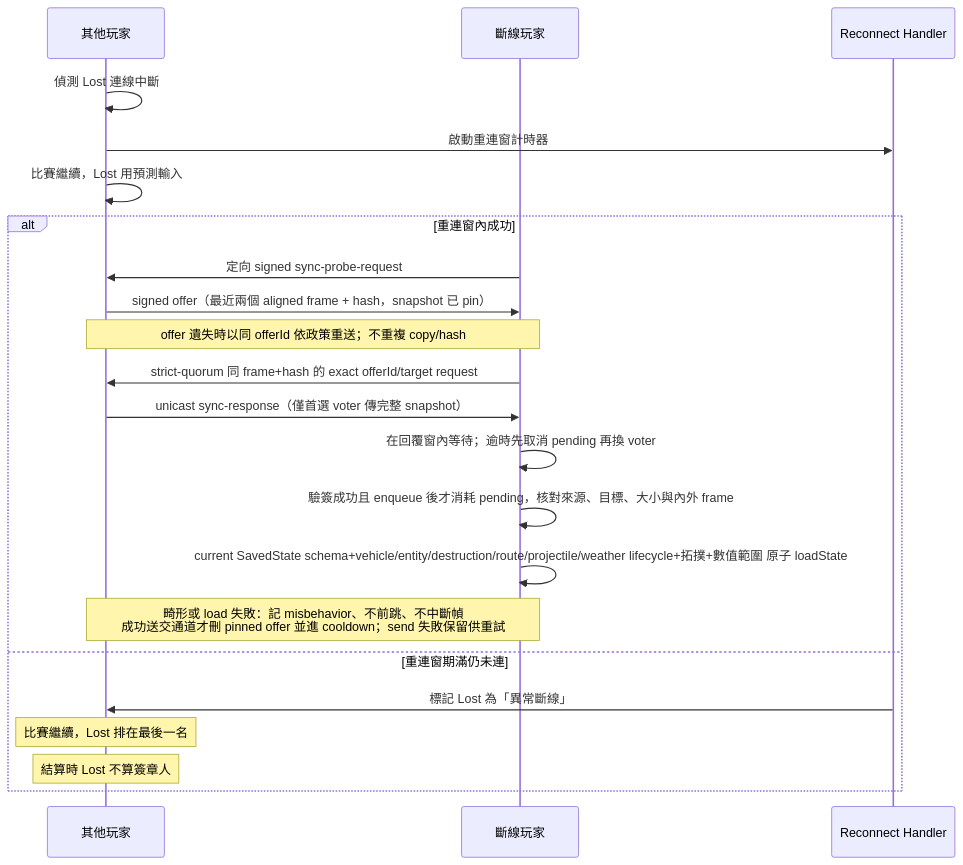
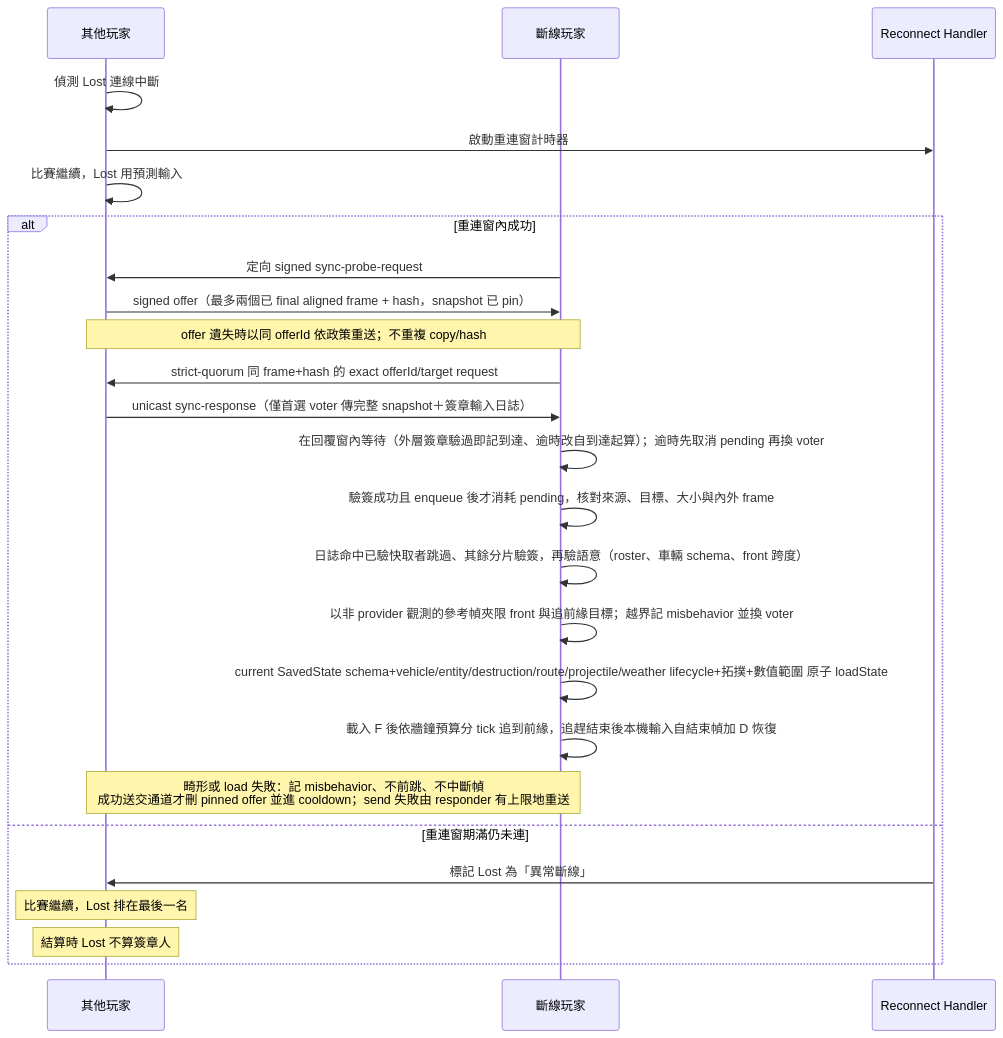
One commit to xjustloveux/open-4wd-specs changed the fifth of 6 diagrams in 程式架構/程式流程/network-sync.md. Above: the diagram before and after it, drawn with Mermaid. The commit also changed other lines of this file and 185 other files, not shown here.

````diff
--- a/程式架構/程式流程/network-sync.md
+++ b/程式架構/程式流程/network-sync.md
@@ -127,26 +130,29 @@
 ```mermaid
 sequenceDiagram
     participant Other as 其他玩家
     participant Lost as 斷線玩家
     participant Engine as Reconnect Handler
 
     Other->>Other: 偵測 Lost 連線中斷
     Other->>Engine: 啟動重連窗計時器
     Other->>Other: 比賽繼續，Lost 用預測輸入
 
     alt 重連窗內成功
         Lost->>Other: 定向 signed sync-probe-request
-        Other->>Lost: signed offer（最近兩個 aligned frame + hash，snapshot 已 pin）
+        Other->>Lost: signed offer（最多兩個已 final aligned frame + hash，snapshot 已 pin）
         Note over Lost,Other: offer 遺失時以同 offerId 依政策重送；不重複 copy/hash
         Lost->>Other: strict-quorum 同 frame+hash 的 exact offerId/target request
-        Other->>Lost: unicast sync-response（僅首選 voter 傳完整 snapshot）
-        Lost->>Lost: 在回覆窗內等待；逾時先取消 pending 再換 voter
+        Other->>Lost: unicast sync-response（僅首選 voter 傳完整 snapshot＋簽章輸入日誌）
+        Lost->>Lost: 在回覆窗內等待（外層簽章驗過即記到達、逾時改自到達起算）；逾時先取消 pending 再換 voter
         Lost->>Lost: 驗簽成功且 enqueue 後才消耗 pending，核對來源、目標、大小與內外 frame
+        Lost->>Lost: 日誌命中已驗快取者跳過、其餘分片驗簽，再驗語意（roster、車輛 schema、front 跨度）
+        Lost->>Lost: 以非 provider 觀測的參考幀夾限 front 與追前緣目標；越界記 misbehavior 並換 voter
         Lost->>Lost: current SavedState schema+vehicle/entity/destruction/route/projectile/weather lifecycle+拓撲+數值範圍 原子 loadState
-        Note over Lost,Other: 畸形或 load 失敗：記 misbehavior、不前跳、不中斷幀<br/>成功送交通道才刪 pinned offer 並進 cooldown；send 失敗保留供重試
+        Lost->>Lost: 載入 F 後依牆鐘預算分 tick 追到前緣，追趕結束後本機輸入自結束幀加 D 恢復
+        Note over Lost,Other: 畸形或 load 失敗：記 misbehavior、不前跳、不中斷幀<br/>成功送交通道才刪 pinned offer 並進 cooldown；send 失敗由 responder 有上限地重送
     else 重連窗期滿仍未連
         Engine->>Other: 標記 Lost 為「異常斷線」
         Note over Other: 比賽繼續，Lost 排在最後一名
         Note over Other: 結算時 Lost 不算簽章人
     end
 ```
````
